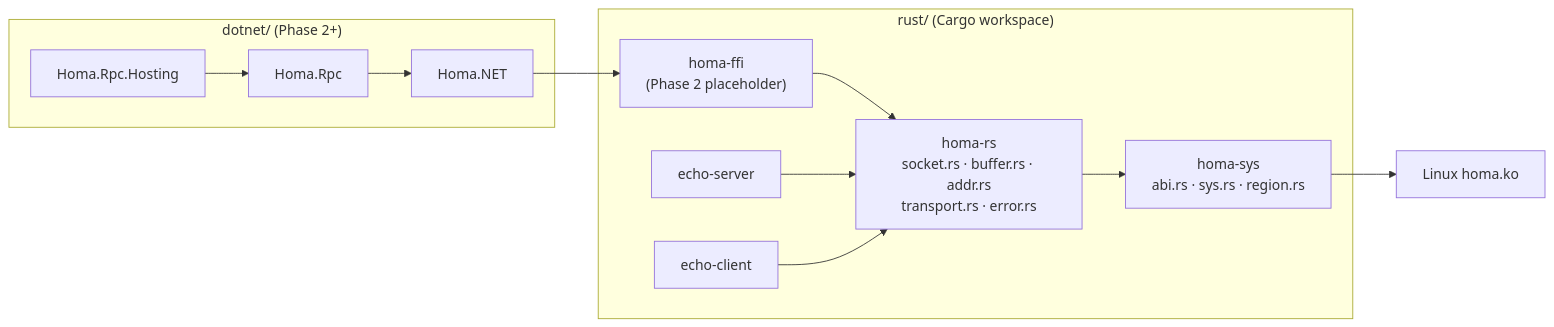
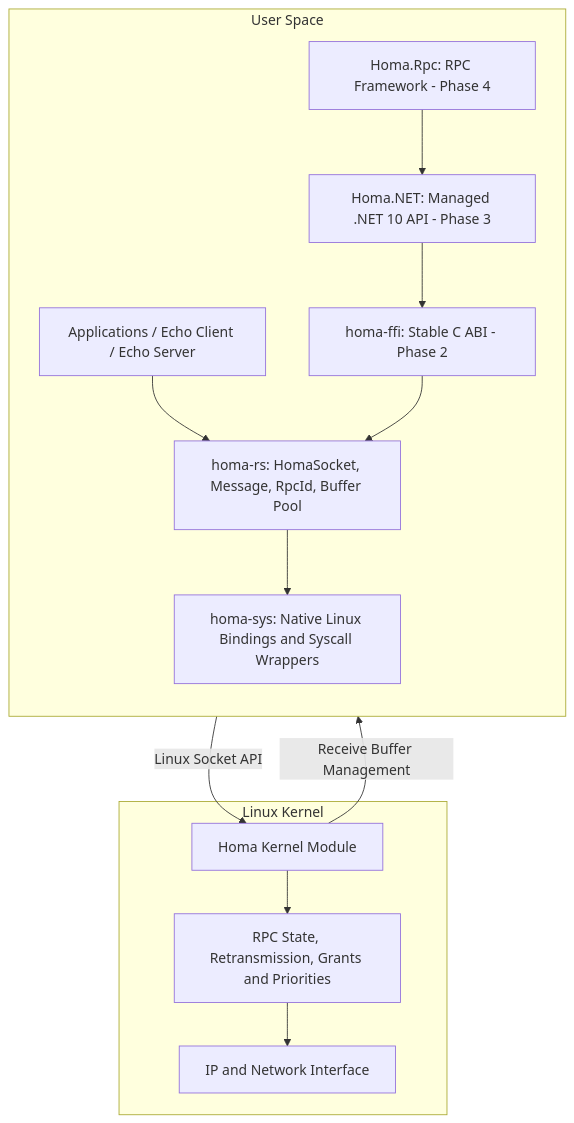
Before and after one commit to kearns2000/homastack: the first of 2 diagrams in docs/architecture.md, drawn with Mermaid. The commit also changed other lines of this file and 11 other files, not shown here.

Commit message:
fixed diagram and numbering issues in readme

````diff
--- a/docs/architecture.md
+++ b/docs/architecture.md
@@ -5,20 +5,32 @@
 ```mermaid
-flowchart LR
-    subgraph rust["rust/ (Cargo workspace)"]
-        sys["homa-sys<br/>abi.rs · sys.rs · region.rs"]
-        rs["homa-rs<br/>socket.rs · buffer.rs · addr.rs<br/>transport.rs · error.rs"]
-        ffi["homa-ffi<br/>(Phase 2 placeholder)"]
-        srv["echo-server"]
-        cli["echo-client"]
+flowchart TB
+    subgraph user["User Space"]
+        direction TB
+
+        app["Applications / Echo Client / Echo Server"]
+        rs["homa-rs: HomaSocket, Message, RpcId, Buffer Pool"]
+        sys["homa-sys: Native Linux Bindings and Syscall Wrappers"]
+        ffi["homa-ffi: Stable C ABI - Phase 2"]
+        net["Homa.NET: Managed .NET 10 API - Phase 3"]
+        rpc["Homa.Rpc: RPC Framework - Phase 4"]
+
+        app --> rs
         rs --> sys
+
+        rpc --> net
+        net --> ffi
         ffi --> rs
-        srv --> rs
-        cli --> rs
     end
-    subgraph dotnet["dotnet/ (Phase 2+)"]
-        net["Homa.NET"] --> ffi
-        rpc["Homa.Rpc"] --> net
-        host["Homa.Rpc.Hosting"] --> rpc
+
+    subgraph kernel["Linux Kernel"]
+        mod["Homa Kernel Module"]
+        protocol["RPC State, Retransmission, Grants and Priorities"]
+        ip["IP and Network Interface"]
+
+        mod --> protocol
+        protocol --> ip
     end
-    sys --> k["Linux homa.ko"]
+
+    sys -->|"Linux Socket API"| mod
+    mod -->|"Receive Buffer Management"| sys
 ```
````
